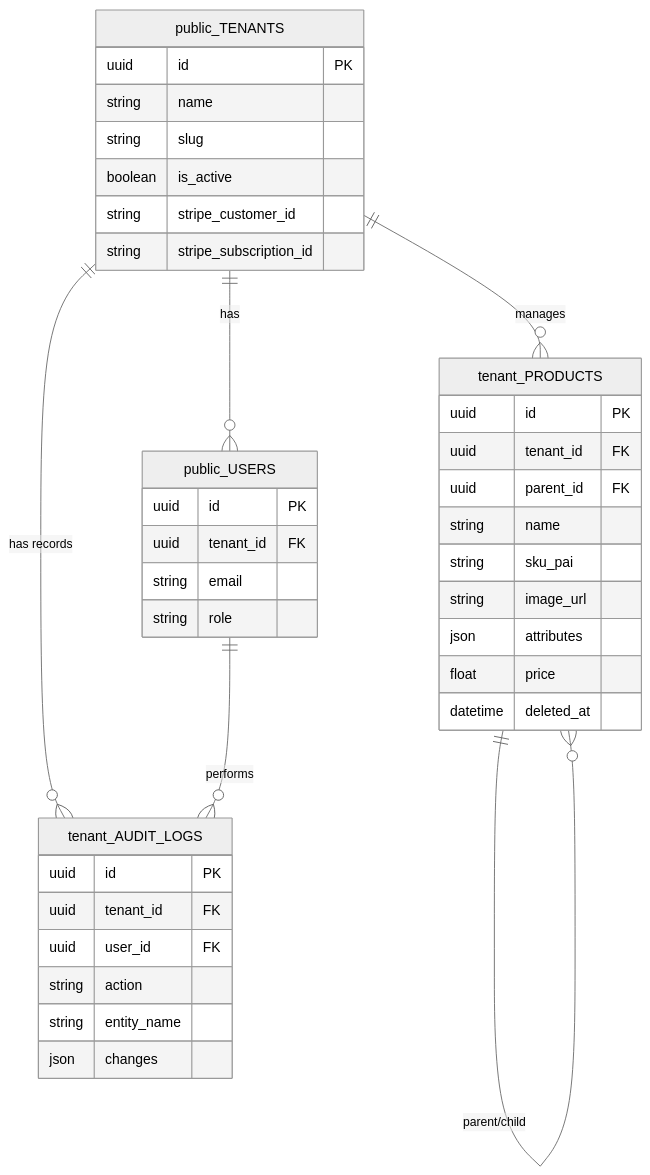
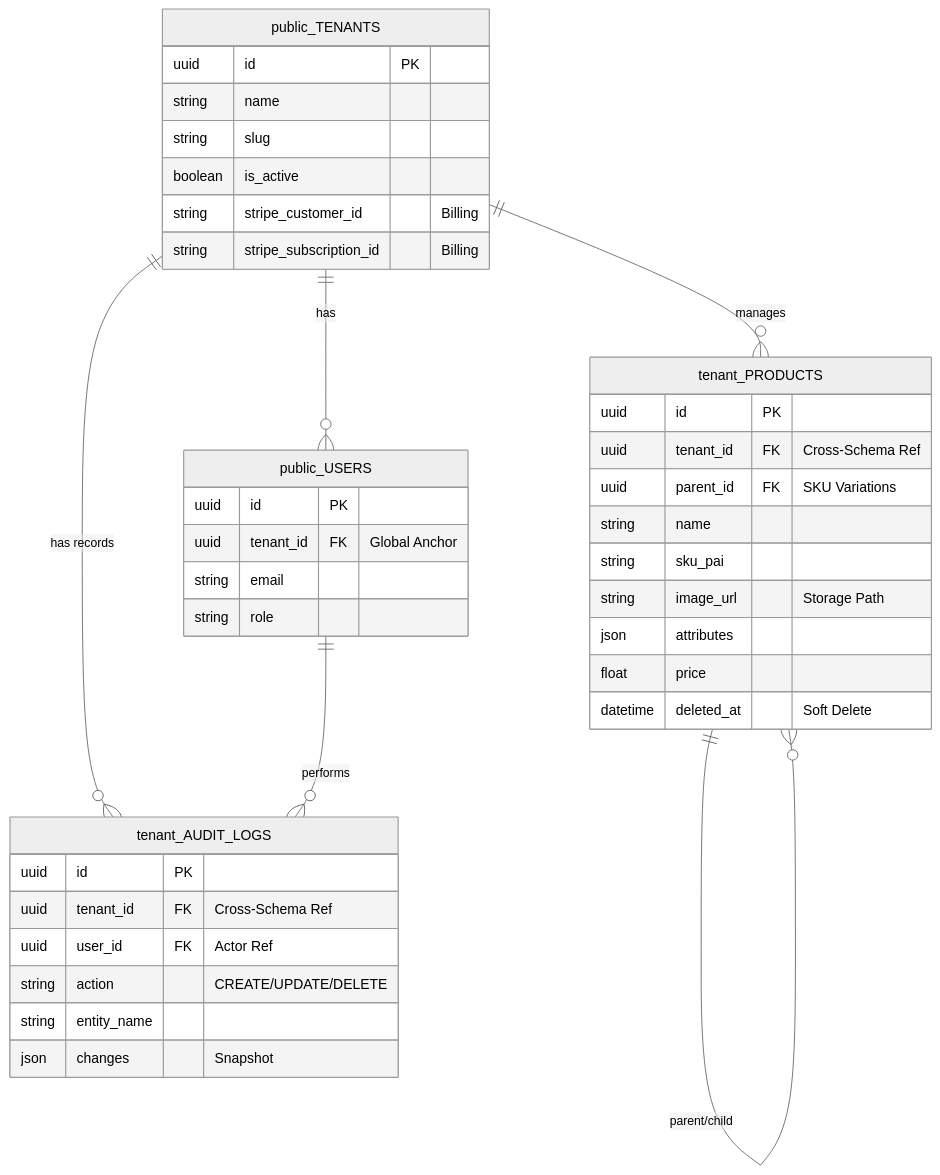
One commit to ccerks/nexcore-saas-api changed the diagram in README.md. Above: the diagram before and after it, drawn with Mermaid (neutral theme). The commit also changed other lines of this file, not shown here.

First line of the commit message:
docs(readme): finalize v2.0.0--beta enterprise docs and update roadmap

````diff
--- a/README.md
+++ b/README.md
@@ -51,45 +33,45 @@
 ```mermaid
 erDiagram
     public_TENANTS ||--o{ public_USERS : "has"
     public_TENANTS ||--o{ tenant_PRODUCTS : "manages"
     public_TENANTS ||--o{ tenant_AUDIT_LOGS : "has records"
     public_USERS ||--o{ tenant_AUDIT_LOGS : "performs"
     tenant_PRODUCTS ||--o{ tenant_PRODUCTS : "parent/child"
 
     public_TENANTS {
         uuid id PK
         string name
         string slug
         boolean is_active
-        string stripe_customer_id
-        string stripe_subscription_id
+        string stripe_customer_id "Billing"
+        string stripe_subscription_id "Billing"
     }
 
     public_USERS {
         uuid id PK
-        uuid tenant_id FK
+        uuid tenant_id FK "Global Anchor"
         string email
         string role
     }
 
     tenant_PRODUCTS {
         uuid id PK
-        uuid tenant_id FK
-        uuid parent_id FK
+        uuid tenant_id FK "Cross-Schema Ref"
+        uuid parent_id FK "SKU Variations"
         string name
         string sku_pai
-        string image_url
+        string image_url "Storage Path"
         json attributes
         float price
-        datetime deleted_at
+        datetime deleted_at "Soft Delete"
     }
 
     tenant_AUDIT_LOGS {
         uuid id PK
-        uuid tenant_id FK
-        uuid user_id FK
-        string action
+        uuid tenant_id FK "Cross-Schema Ref"
+        uuid user_id FK "Actor Ref"
+        string action "CREATE/UPDATE/DELETE"
         string entity_name
-        json changes
+        json changes "Snapshot"
     }
 ```
````
